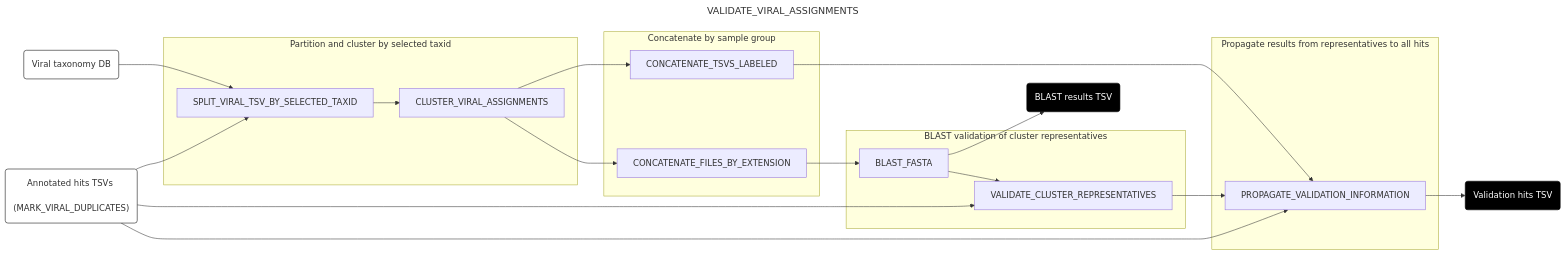
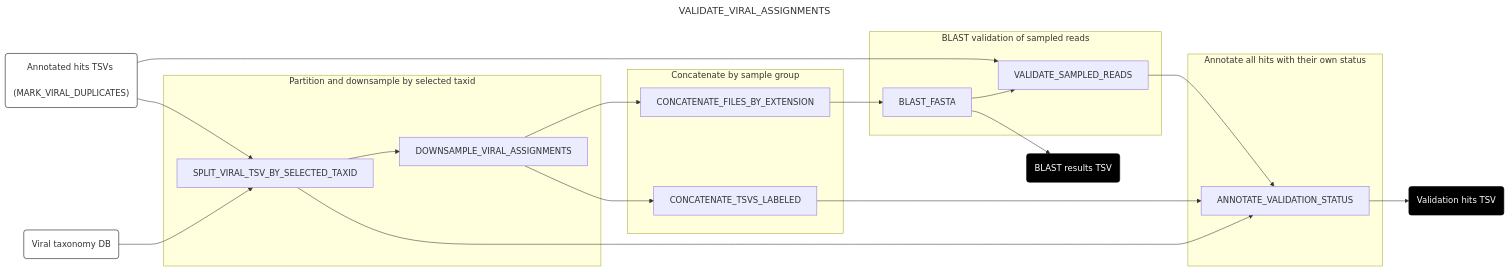
One commit to securebio/nao-mgs-workflow changed the fifth of 10 diagrams in docs/downstream.md. Above: the diagram before and after it, drawn with Mermaid. The commit also changed other lines of this file and 14 other files, not shown here.

First line of the commit message:
Validate a downsampled read subset instead of cluster exemplars (#911)

````diff
--- a/docs/downstream.md
+++ b/docs/downstream.md
@@ -191,40 +199,40 @@
 ```mermaid
 ---
 title: VALIDATE_VIRAL_ASSIGNMENTS
 config:
   layout: horizontal
 ---
 flowchart LR
 C("Viral taxonomy DB") --> B[SPLIT_VIRAL_TSV_BY_SELECTED_TAXID]
 A("Annotated hits TSVs <br> (MARK_VIRAL_DUPLICATES)") --> B
-B --> D[CLUSTER_VIRAL_ASSIGNMENTS]
+B --> D[DOWNSAMPLE_VIRAL_ASSIGNMENTS]
 D --> E[CONCATENATE_FILES_BY_EXTENSION]
-D --> F[CONCATENATE_TSVS_LABELED]
+D --> S[CONCATENATE_TSVS_LABELED]
 E --> G[BLAST_FASTA]
-G --> H[VALIDATE_CLUSTER_REPRESENTATIVES]
+G --> H[VALIDATE_SAMPLED_READS]
 A --> H
-F --> I[PROPAGATE_VALIDATION_INFORMATION]
+B --> I[ANNOTATE_VALIDATION_STATUS]
+S --> I
 H --> I
-A --> I
 I --> J(Validation hits TSV)
 G --> K(BLAST results TSV)
-subgraph "Partition and cluster by selected taxid"
+subgraph "Partition and downsample by selected taxid"
 B
 D
 end
 subgraph "Concatenate by sample group"
 E
-F
+S
 end
-subgraph "BLAST validation of cluster representatives"
+subgraph "BLAST validation of sampled reads"
 G
 H
 end
-subgraph "Propagate results from representatives to all hits"
+subgraph "Annotate all hits with their own status"
 I
 end
 style A fill:#fff,stroke:#000
 style C fill:#fff,stroke:#000
 style J fill:#000,color:#fff,stroke:#000
 style K fill:#000,color:#fff,stroke:#000
 ```
````
